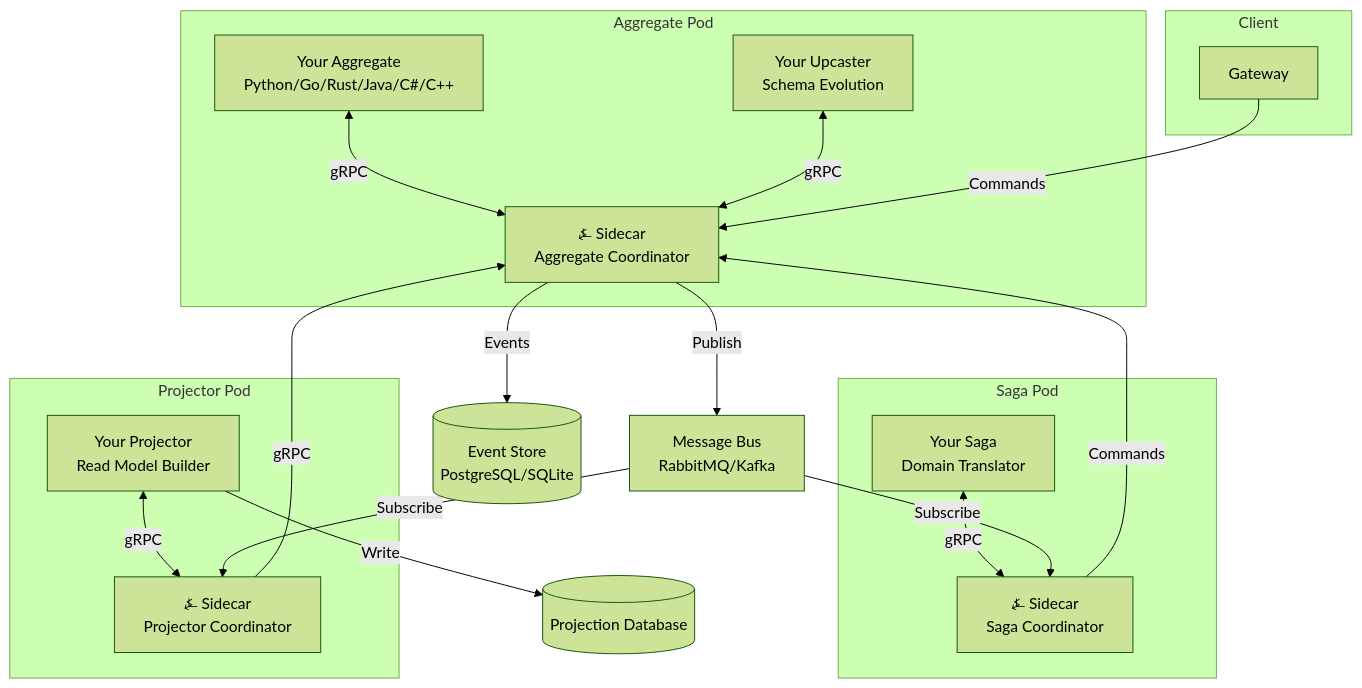
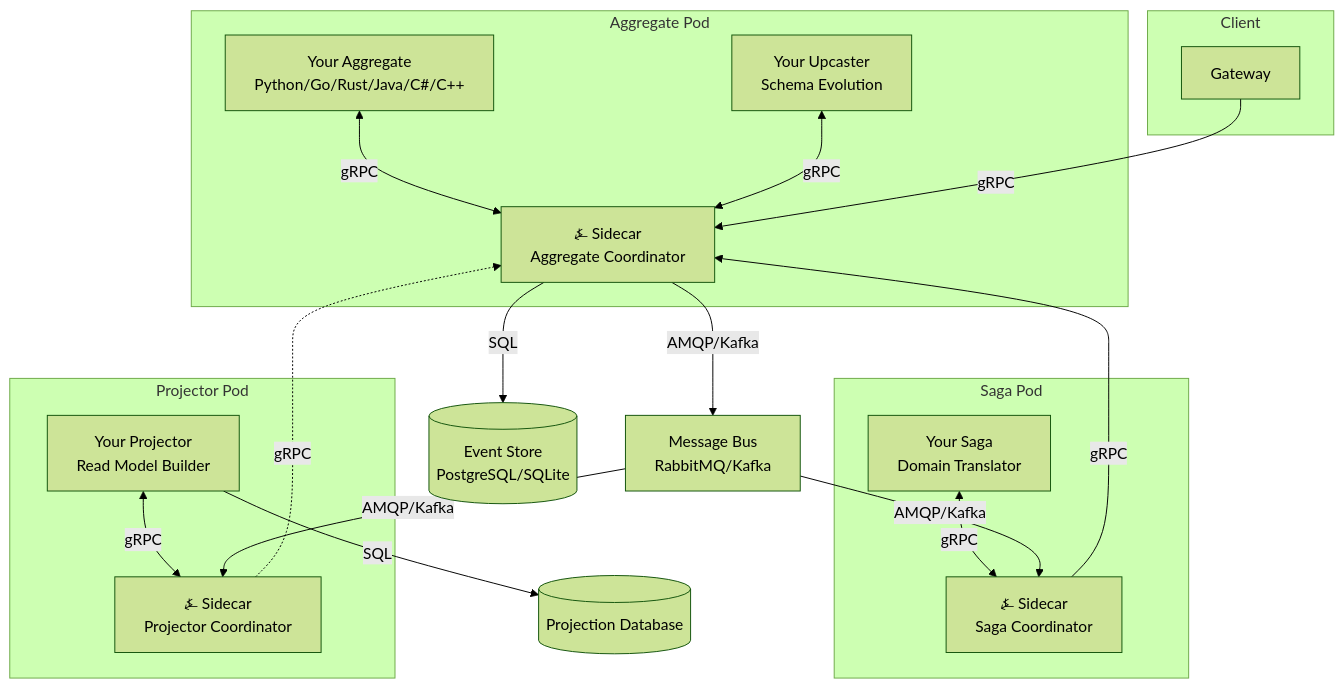
Before and after one commit to benjaminabbitt/angzarr: the diagram in docs/docs/intro.md, drawn with Mermaid (forest theme). The commit also changed 5 other files, not shown here.

````diff
--- a/docs/docs/intro.md
+++ b/docs/docs/intro.md
@@ -73,39 +73,39 @@
 ```mermaid
 flowchart TB
     subgraph Client
         GW[Gateway]
     end
 
     ES[(Event Store<br/>PostgreSQL/SQLite)]
     BUS[Message Bus<br/>RabbitMQ/Kafka]
     PRJ_DB[(Projection Database)]
 
     subgraph AggPod[Aggregate Pod]
         AGG[Your Aggregate<br/>Python/Go/Rust/Java/C#/C++]
         UPC[Your Upcaster<br/>Schema Evolution]
         AGG_COORD[⍼ Sidecar<br/>Aggregate Coordinator]
         AGG <--> |gRPC| AGG_COORD
         UPC <--> |gRPC| AGG_COORD
     end
 
     subgraph SagaPod[Saga Pod]
         SAGA[Your Saga<br/>Domain Translator]
         SAGA_COORD[⍼ Sidecar<br/>Saga Coordinator]
         SAGA <--> |gRPC| SAGA_COORD
     end
 
     subgraph PrjPod[Projector Pod]
         PRJ[Your Projector<br/>Read Model Builder]
         PRJ_COORD[⍼ Sidecar<br/>Projector Coordinator]
         PRJ <--> |gRPC| PRJ_COORD
     end
 
-    GW --> |Commands| AGG_COORD
-    AGG_COORD --> |Events| ES
-    AGG_COORD --> |Publish| BUS
-    BUS --> |Subscribe| SAGA_COORD
-    BUS --> |Subscribe| PRJ_COORD
-    SAGA_COORD --> |Commands| AGG_COORD
-    PRJ_COORD --> |gRPC| AGG_COORD
-    PRJ --> |Write| PRJ_DB
+    GW -->|gRPC| AGG_COORD
+    AGG_COORD -->|SQL| ES
+    AGG_COORD -->|AMQP/Kafka| BUS
+    BUS -->|AMQP/Kafka| SAGA_COORD
+    BUS -->|AMQP/Kafka| PRJ_COORD
+    SAGA_COORD -->|gRPC| AGG_COORD
+    PRJ_COORD -.->|gRPC| AGG_COORD
+    PRJ -->|SQL| PRJ_DB
 ```
````
